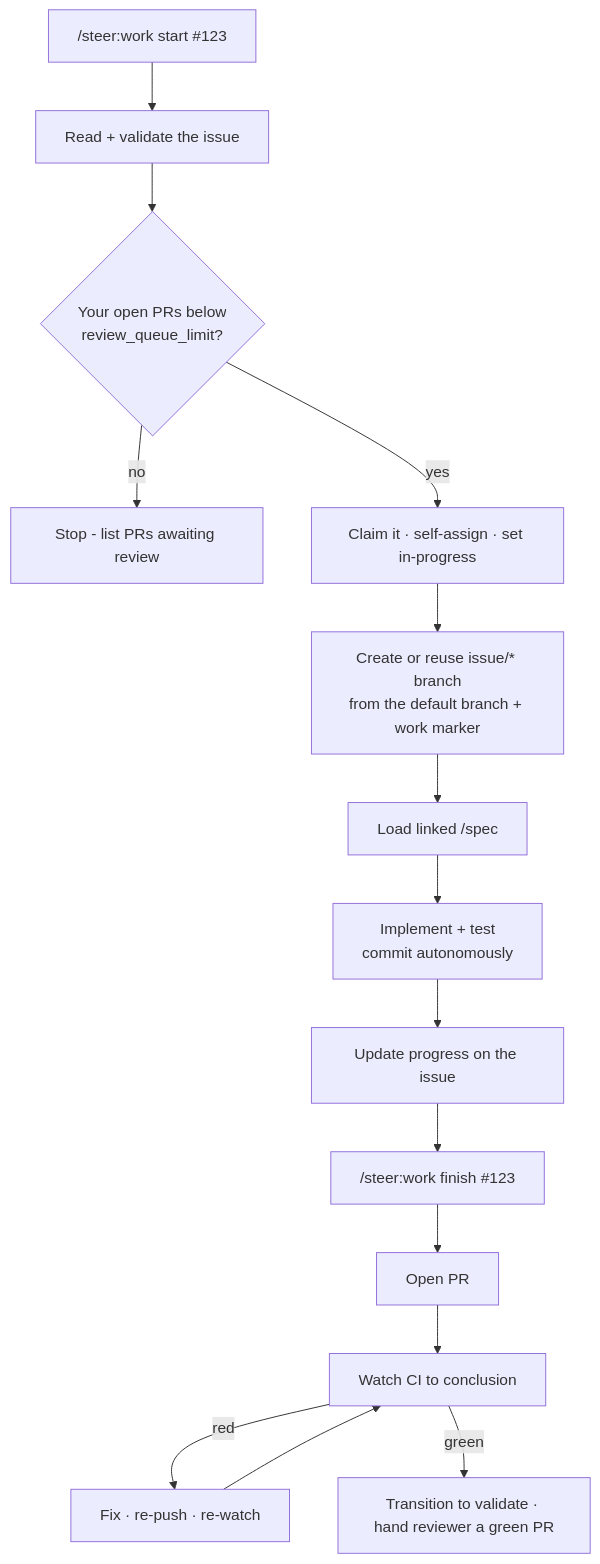
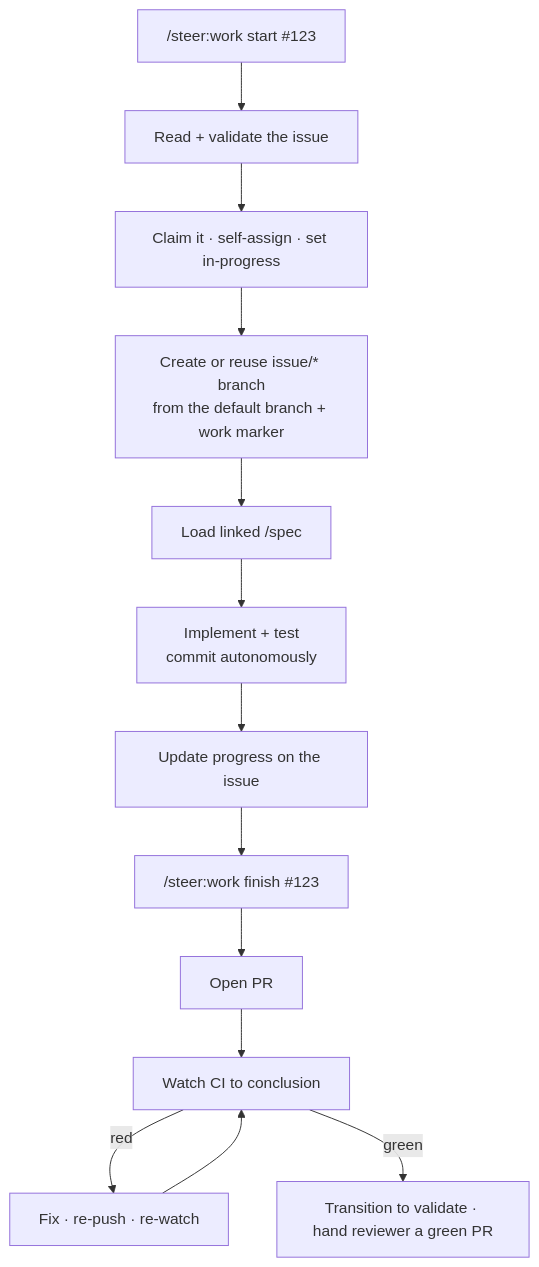
Before and after one commit to element22llc/e22-plugins: the diagram in docs/workflows/work.md, drawn with Mermaid. The commit also changed other lines of this file and 14 other files, not shown here.

First line of the commit message:
feat(steer): replace the review-queue cap with batch integration branches

````diff
--- a/docs/workflows/work.md
+++ b/docs/workflows/work.md
@@ -37,17 +37,15 @@
 ```mermaid
 flowchart TD
     START["/steer:work start #123"] --> VALIDATE[Read + validate the issue]
-    VALIDATE --> QUEUE{Your open PRs below<br/>review_queue_limit?}
-    QUEUE -->|no| WAIT[Stop - list PRs awaiting review]
-    QUEUE -->|yes| CLAIM[Claim it · self-assign · set in-progress]
+    VALIDATE --> CLAIM[Claim it · self-assign · set in-progress]
     CLAIM --> BRANCH[Create or reuse issue/* branch<br/>from the default branch + work marker]
     BRANCH --> SPEC[Load linked /spec]
     SPEC --> IMPL[Implement + test<br/>commit autonomously]
     IMPL --> PROGRESS[Update progress on the issue]
     PROGRESS --> FINISH["/steer:work finish #123"]
     FINISH --> PR[Open PR]
     PR --> WATCH[Watch CI to conclusion]
     WATCH -->|red| FIX[Fix · re-push · re-watch]
     FIX --> WATCH
     WATCH -->|green| STATE[Transition to validate · hand reviewer a green PR]
 ```
````
